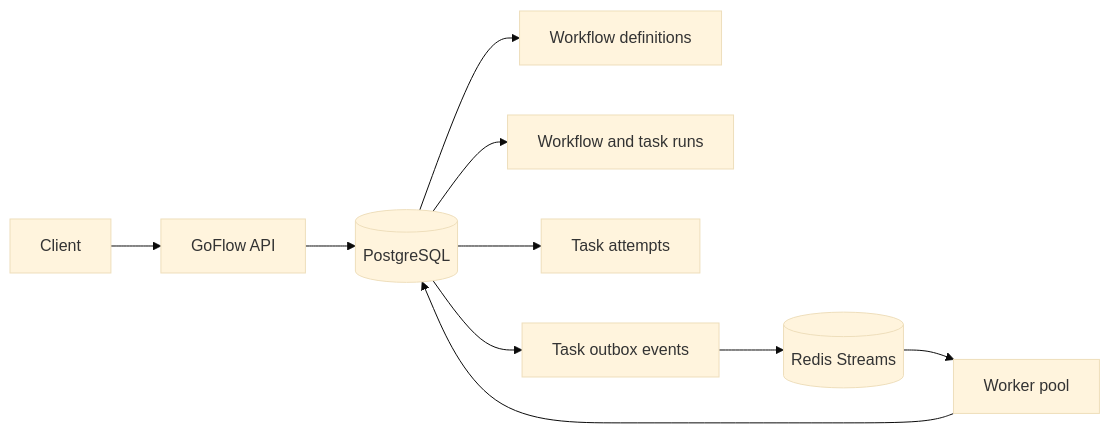
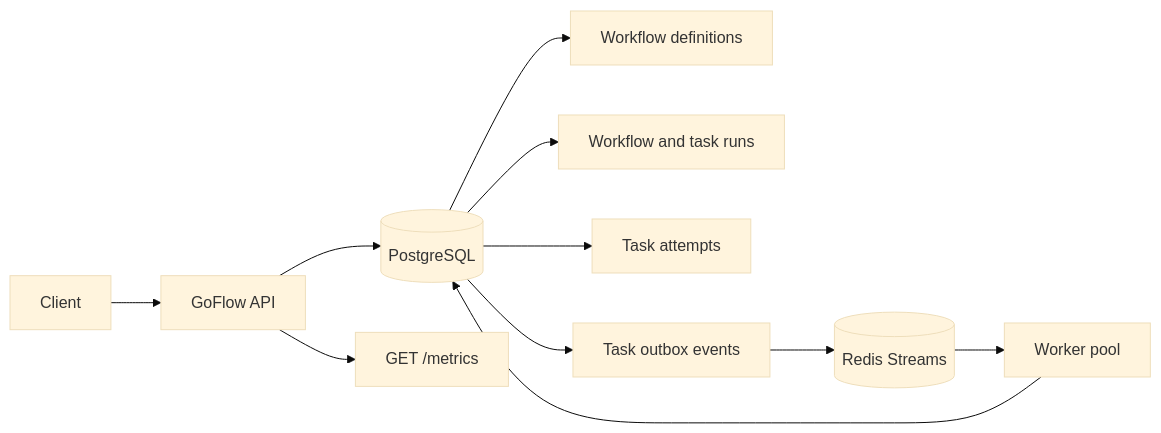
One commit to Hyowon-A/goflow changed the first of 8 diagrams in docs/architecture.md. Above: the diagram before and after it, drawn with Mermaid (base theme). The commit also changed other lines of this file and 5 other files, not shown here.

````diff
--- a/docs/architecture.md
+++ b/docs/architecture.md
@@ -11,12 +11,13 @@
 ```mermaid
 flowchart LR
     Client --> API[GoFlow API]
     API --> Postgres[(PostgreSQL)]
     Postgres --> Definitions[Workflow definitions]
     Postgres --> Runs[Workflow and task runs]
     Postgres --> Attempts[Task attempts]
     Postgres --> Outbox[Task outbox events]
     Outbox --> Redis[(Redis Streams)]
     Redis --> Workers[Worker pool]
     Workers --> Postgres
+    API --> Metrics[GET /metrics]
 ```
````
